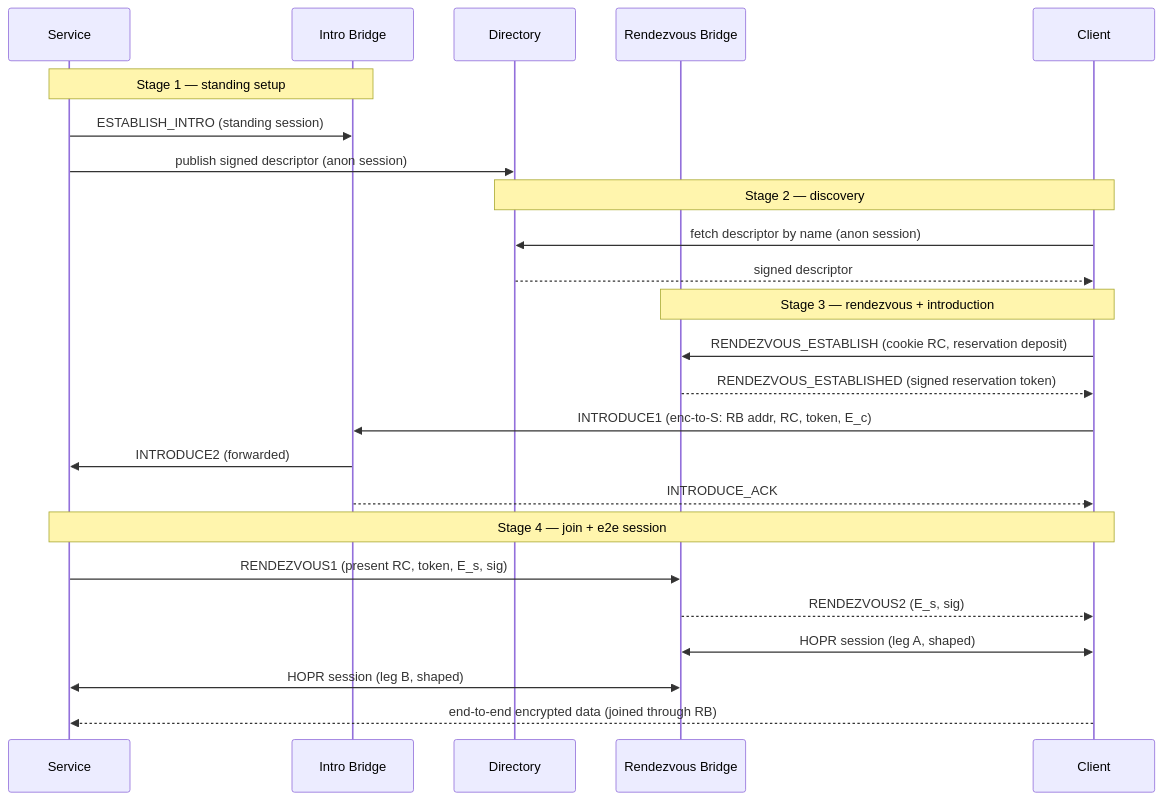
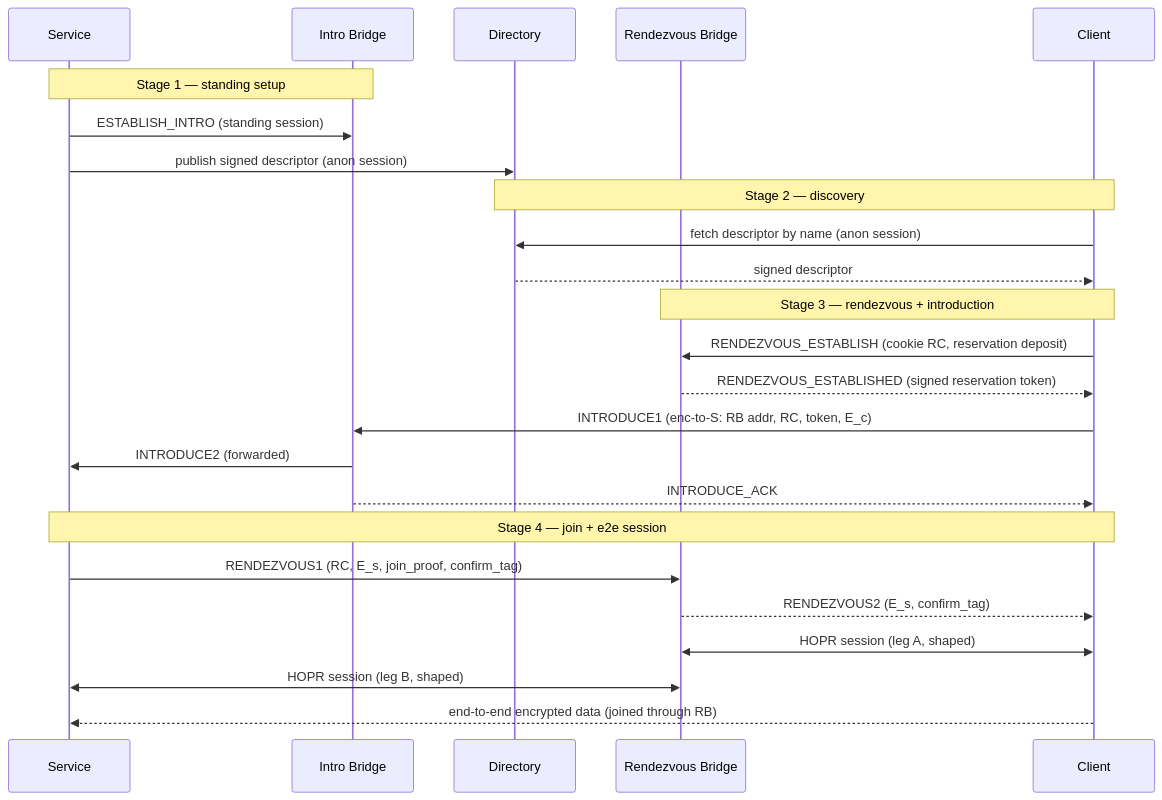
Before and after one commit to hoprnet/rfc: the diagram in rfcs/RFC-0015-onion-services/0015-onion-services.md, drawn with Mermaid. The commit also changed other lines of this file and 1 other file, not shown here.

````diff
--- a/rfcs/RFC-0015-onion-services/0015-onion-services.md
+++ b/rfcs/RFC-0015-onion-services/0015-onion-services.md
@@ -173,30 +173,30 @@
 ```mermaid
 sequenceDiagram
     participant S as Service
     participant IB as Intro Bridge
     participant DIR as Directory
     participant RB as Rendezvous Bridge
     participant C as Client
 
     Note over S,IB: Stage 1 — standing setup
     S->>IB: ESTABLISH_INTRO (standing session)
     S->>DIR: publish signed descriptor (anon session)
 
     Note over C,DIR: Stage 2 — discovery
     C->>DIR: fetch descriptor by name (anon session)
     DIR-->>C: signed descriptor
 
     Note over C,RB: Stage 3 — rendezvous + introduction
     C->>RB: RENDEZVOUS_ESTABLISH (cookie RC, reservation deposit)
     RB-->>C: RENDEZVOUS_ESTABLISHED (signed reservation token)
     C->>IB: INTRODUCE1 (enc-to-S: RB addr, RC, token, E_c)
     IB->>S: INTRODUCE2 (forwarded)
     IB-->>C: INTRODUCE_ACK
 
     Note over S,C: Stage 4 — join + e2e session
-    S->>RB: RENDEZVOUS1 (present RC, token, E_s, sig)
-    RB-->>C: RENDEZVOUS2 (E_s, sig)
+    S->>RB: RENDEZVOUS1 (RC, E_s, join_proof, confirm_tag)
+    RB-->>C: RENDEZVOUS2 (E_s, confirm_tag)
     C<<->>RB: HOPR session (leg A, shaped)
     S<<->>RB: HOPR session (leg B, shaped)
     C-->>S: end-to-end encrypted data (joined through RB)
 ```
````
